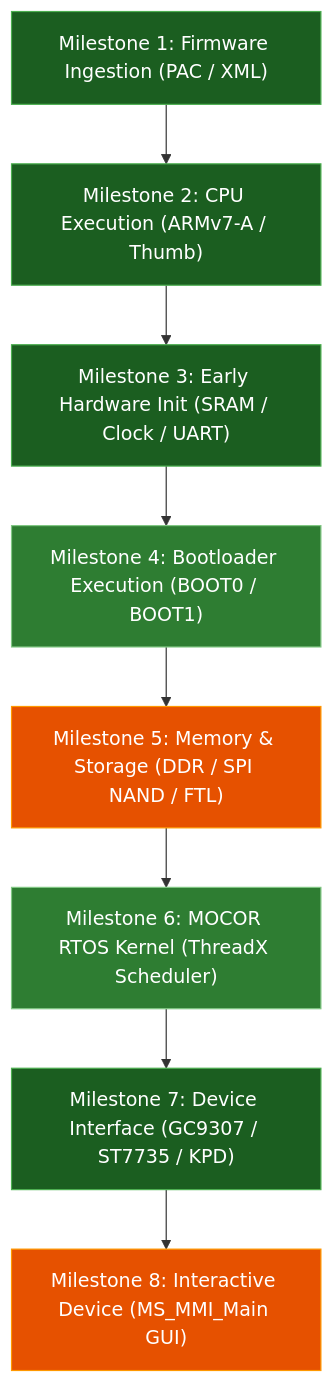
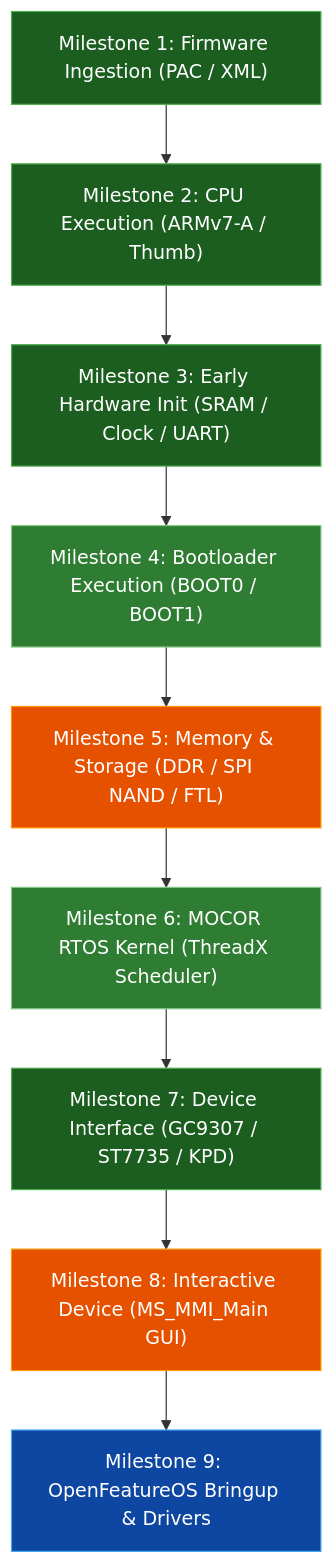
Before and after one commit to lovelytingy/Nokia-2660-Emulator: the diagram in ROADMAP.md, drawn with Mermaid. The commit also changed other lines of this file and 1 other file, not shown here.

Commit message:
docs: add OpenFeatureOS repository links and ecosystem references

````diff
--- a/ROADMAP.md
+++ b/ROADMAP.md
@@ -12,19 +12,21 @@
 ```mermaid
 flowchart TD
     M1["Milestone 1: Firmware Ingestion (PAC / XML)"] --> M2["Milestone 2: CPU Execution (ARMv7-A / Thumb)"]
     M2 --> M3["Milestone 3: Early Hardware Init (SRAM / Clock / UART)"]
     M3 --> M4["Milestone 4: Bootloader Execution (BOOT0 / BOOT1)"]
     M4 --> M5["Milestone 5: Memory & Storage (DDR / SPI NAND / FTL)"]
     M5 --> M6["Milestone 6: MOCOR RTOS Kernel (ThreadX Scheduler)"]
     M6 --> M7["Milestone 7: Device Interface (GC9307 / ST7735 / KPD)"]
     M7 --> M8["Milestone 8: Interactive Device (MS_MMI_Main GUI)"]
+    M8 --> M9["Milestone 9: OpenFeatureOS Bringup & Drivers"]
 
     style M1 fill:#1b5e20,stroke:#4caf50,color:#fff
     style M2 fill:#1b5e20,stroke:#4caf50,color:#fff
     style M3 fill:#1b5e20,stroke:#4caf50,color:#fff
     style M4 fill:#2e7d32,stroke:#81c784,color:#fff
     style M5 fill:#e65100,stroke:#ff9800,color:#fff
     style M6 fill:#2e7d32,stroke:#81c784,color:#fff
     style M7 fill:#1b5e20,stroke:#4caf50,color:#fff
     style M8 fill:#e65100,stroke:#ff9800,color:#fff
+    style M9 fill:#0d47a1,stroke:#42a5f5,color:#fff
 ```
````
